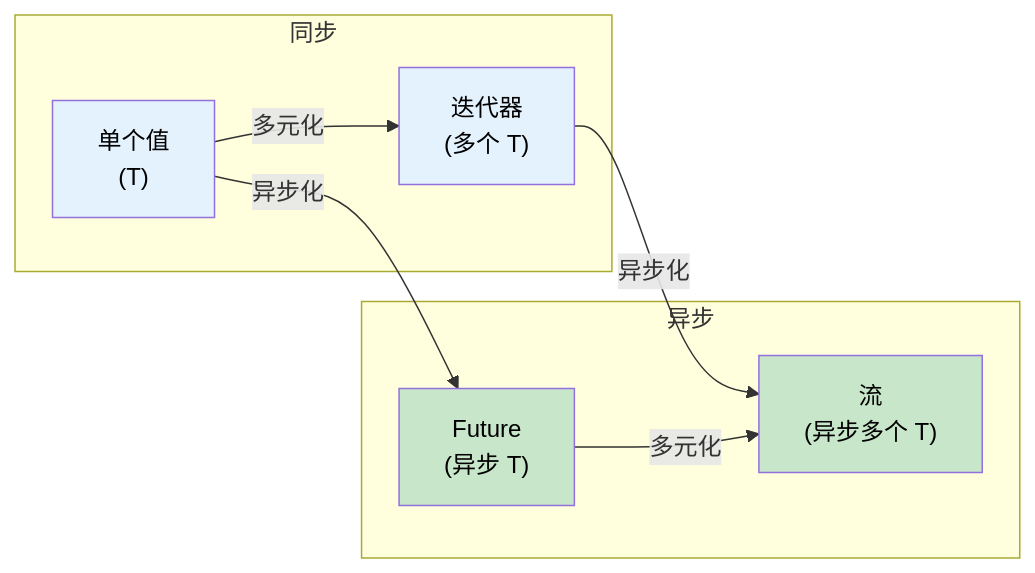
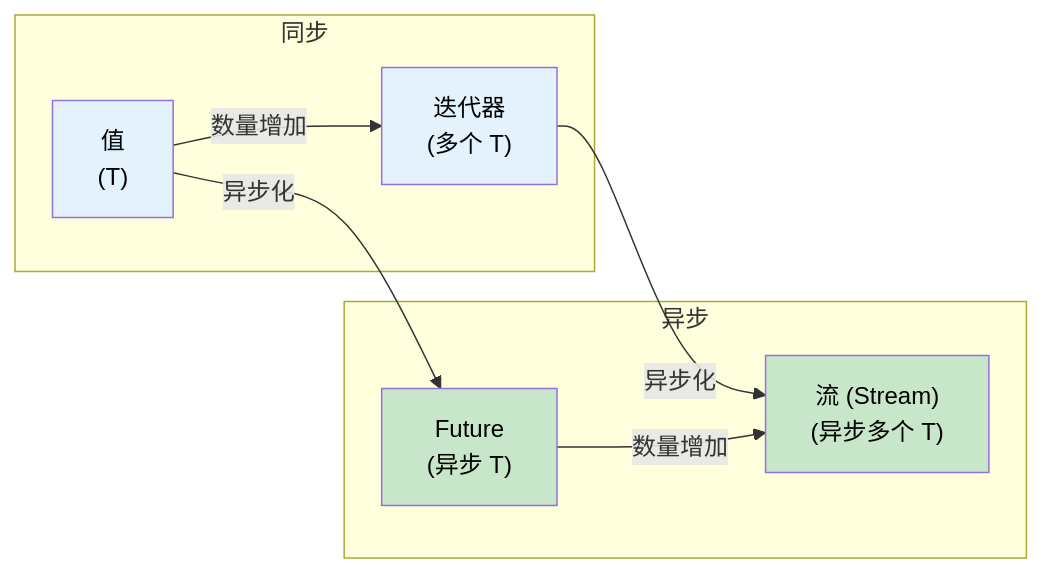
The diagram in async-book/src/zh/ch11-streams-and-asynciterator.md (veegn/rust-training-zh), drawn with Mermaid before and after one commit. The commit also changed other lines of this file and 354 other files, not shown here.

````diff
--- a/async-book/src/zh/ch11-streams-and-asynciterator.md
+++ b/async-book/src/zh/ch11-streams-and-asynciterator.md
@@ -29,22 +29,22 @@
 ```mermaid
 graph LR
     subgraph "同步"
-        VAL["单个值<br/>(T)"]
+        VAL["值<br/>(T)"]
         ITER["迭代器<br/>(多个 T)"]
     end
 
     subgraph "异步"
         FUT["Future<br/>(异步 T)"]
-        STREAM["流<br/>(异步多个 T)"]
+        STREAM["流 (Stream)<br/>(异步多个 T)"]
     end
 
     VAL -->|"异步化"| FUT
     ITER -->|"异步化"| STREAM
-    VAL -->|"多元化"| ITER
-    FUT -->|"多元化"| STREAM
+    VAL -->|"数量增加"| ITER
+    FUT -->|"数量增加"| STREAM
 
     style VAL fill:#e3f2fd,color:#000
     style ITER fill:#e3f2fd,color:#000
     style FUT fill:#c8e6c9,color:#000
     style STREAM fill:#c8e6c9,color:#000
 ```
````
